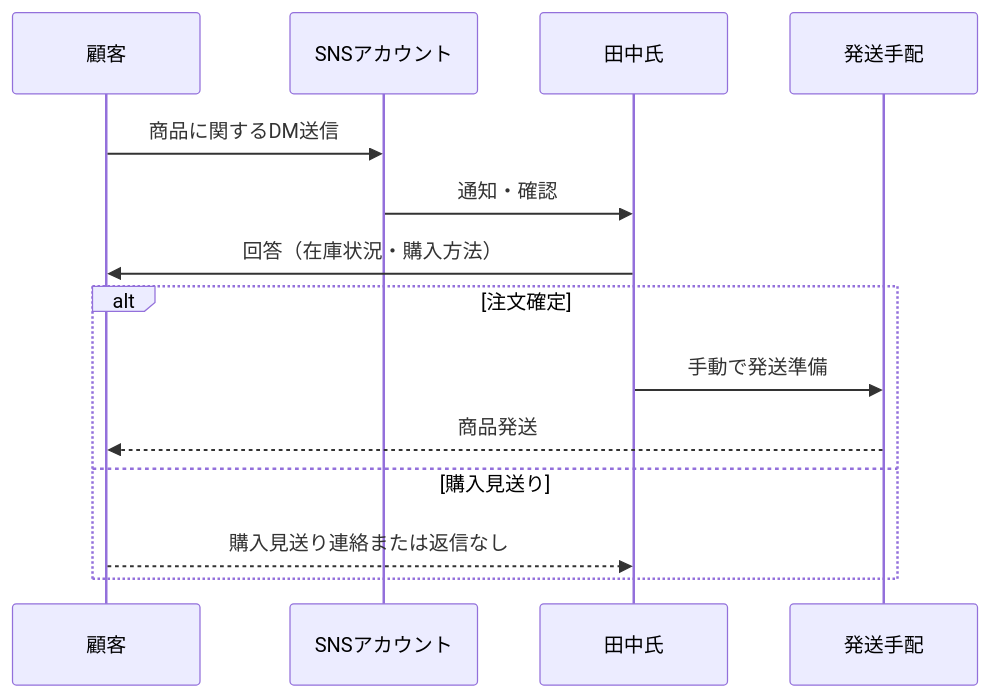
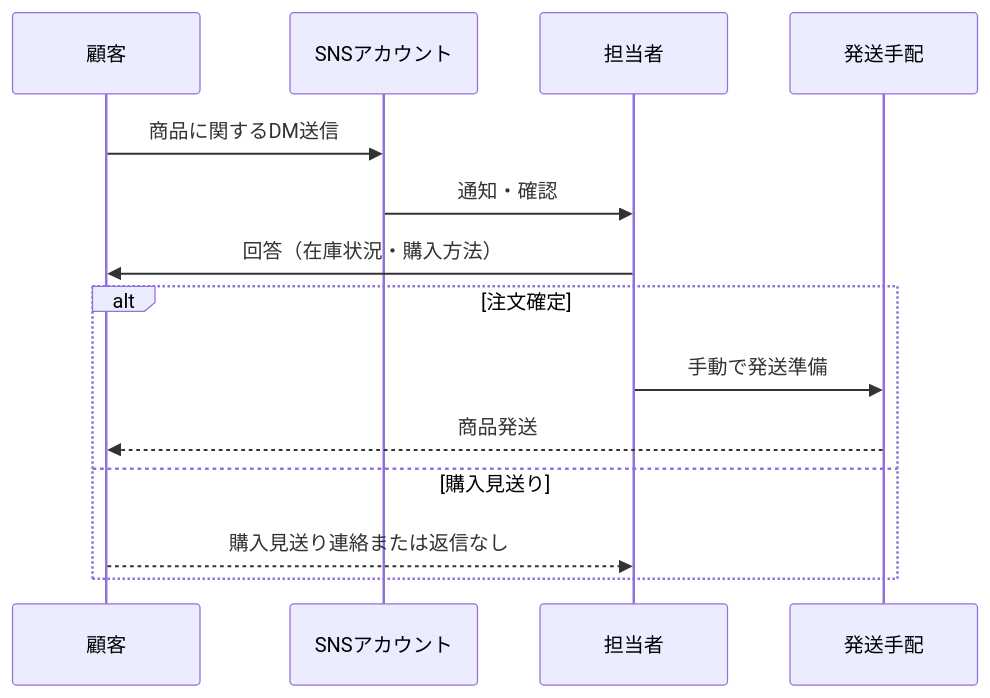
One commit to YUKlT0/Equipe changed the diagram in 要件定義/要件定義書.md. Above: the diagram before and after it, drawn with Mermaid. The commit also changed other lines of this file, not shown here.

Commit message:
要件定義書の作成

```diff
--- a/要件定義/要件定義書.md
+++ b/要件定義/要件定義書.md
@@ -259,18 +259,18 @@
 <div class="mermaid">
 sequenceDiagram
     participant 顧客
     participant SNSアカウント
-    participant 田中氏
+    participant 担当者
     participant 発送手配
 
     顧客->>SNSアカウント: 商品に関するDM送信
-    SNSアカウント->>田中氏: 通知・確認
-    田中氏->>顧客: 回答（在庫状況・購入方法）
+    SNSアカウント->>担当者: 通知・確認
+    担当者->>顧客: 回答（在庫状況・購入方法）
     alt 注文確定
-        田中氏->>発送手配: 手動で発送準備
+        担当者->>発送手配: 手動で発送準備
         発送手配-->>顧客: 商品発送
     else 購入見送り
-        顧客-->>田中氏: 購入見送り連絡または返信なし
+        顧客-->>担当者: 購入見送り連絡または返信なし
     end
 
 </div>
```
